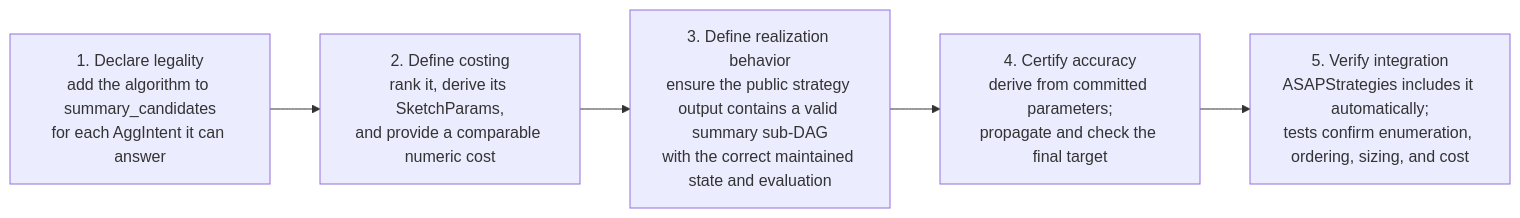
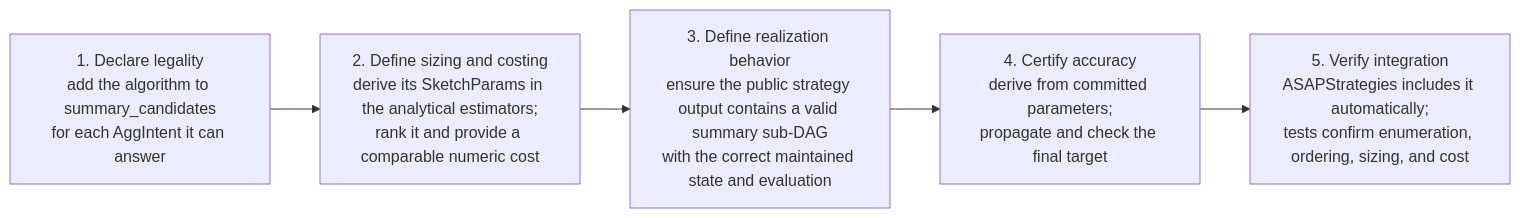
The third of 3 diagrams in docs/develop_docs/extend-asap-aware-mapping.md (ProjectASAP/ASAPPlanner), drawn with Mermaid before and after one commit. The commit also changed other lines of this file and 6 other files, not shown here.

````diff
--- a/docs/develop_docs/extend-asap-aware-mapping.md
+++ b/docs/develop_docs/extend-asap-aware-mapping.md
@@ -775,8 +695,8 @@
 ```mermaid
 flowchart LR
   MAP["1. Declare legality<br/>add the algorithm to summary_candidates<br/>for each AggIntent it can answer"]
-  MAP --> MODEL["2. Define costing<br/>rank it, derive its SketchParams,<br/>and provide a comparable numeric cost"]
+  MAP --> MODEL["2. Define sizing and costing<br/>derive its SketchParams in the analytical estimators;<br/>rank it and provide a comparable numeric cost"]
   MODEL --> BUILD["3. Define realization behavior<br/>ensure the public strategy output contains a valid summary sub-DAG<br/>with the correct maintained state and evaluation"]
   BUILD --> ACC["4. Certify accuracy<br/>derive from committed parameters;<br/>propagate and check the final target"]
   ACC --> ENUM["5. Verify integration<br/>ASAPStrategies includes it automatically;<br/>tests confirm enumeration, ordering, sizing, and cost"]
 ```
````
